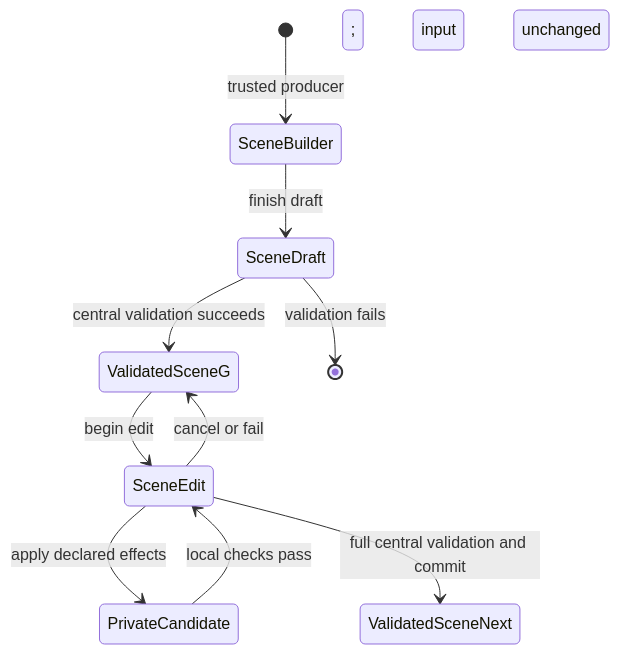
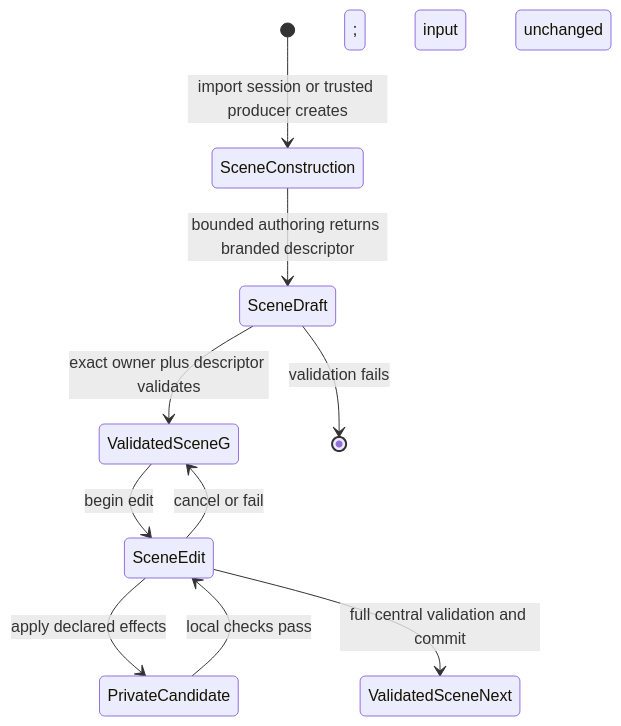
Before and after one commit to Latias94/baozi: the diagram in docs/model/scene-ir.md, drawn with Mermaid. The commit also changed other lines of this file and 18 other files, not shown here.

First line of the commit message:
docs(architecture): align canonical cutover gates

````diff
--- a/docs/model/scene-ir.md
+++ b/docs/model/scene-ir.md
@@ -26,12 +26,12 @@
 ```mermaid
 stateDiagram-v2
-    [*] --> SceneBuilder: trusted producer
-    SceneBuilder --> SceneDraft: finish draft
-    SceneDraft --> ValidatedSceneG: central validation succeeds
+    [*] --> SceneConstruction: import session or trusted producer creates
+    SceneConstruction --> SceneDraft: bounded authoring returns branded descriptor
+    SceneDraft --> ValidatedSceneG: exact owner plus descriptor validates
     SceneDraft --> [*]: validation fails
     ValidatedSceneG --> SceneEdit: begin edit
     SceneEdit --> PrivateCandidate: apply declared effects
     PrivateCandidate --> SceneEdit: local checks pass
     SceneEdit --> ValidatedSceneNext: full central validation and commit
     SceneEdit --> ValidatedSceneG: cancel or fail; input unchanged
 ```
````
